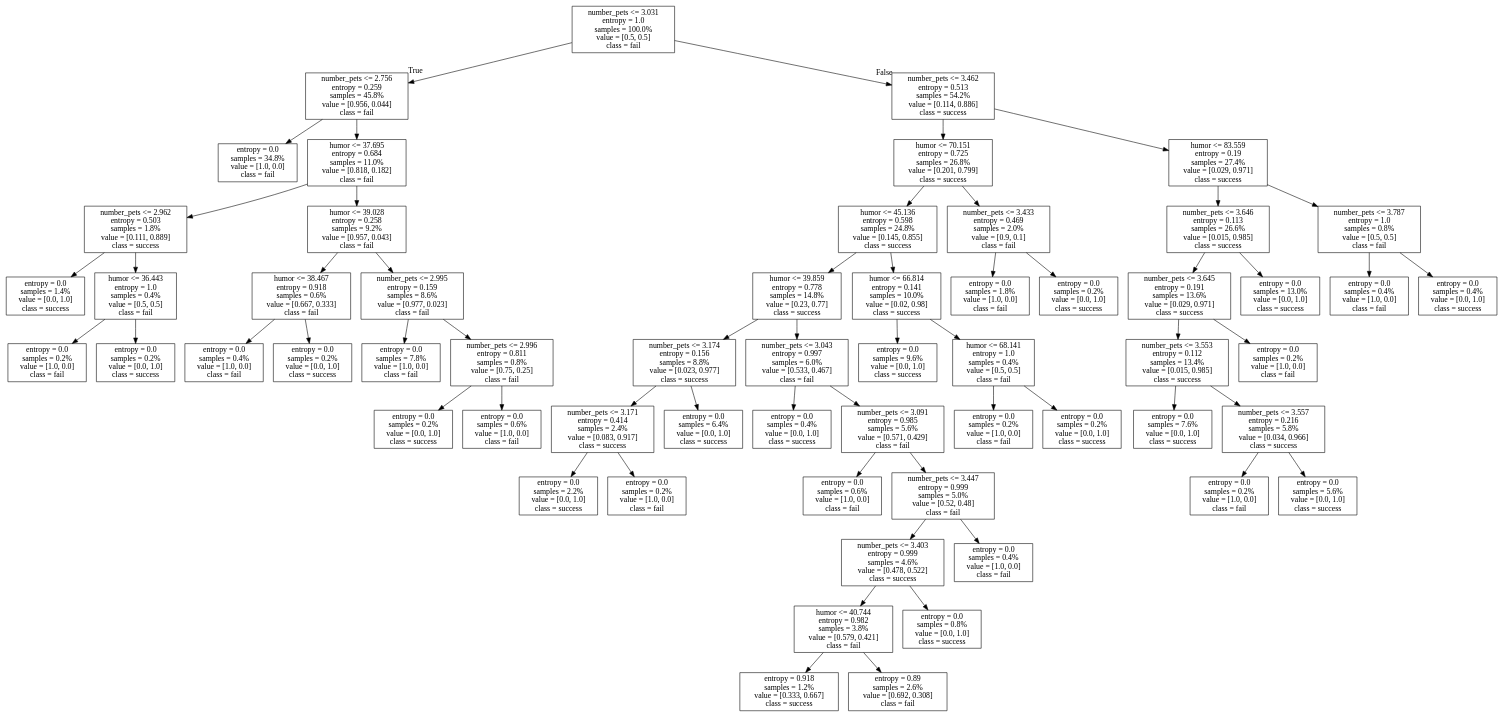
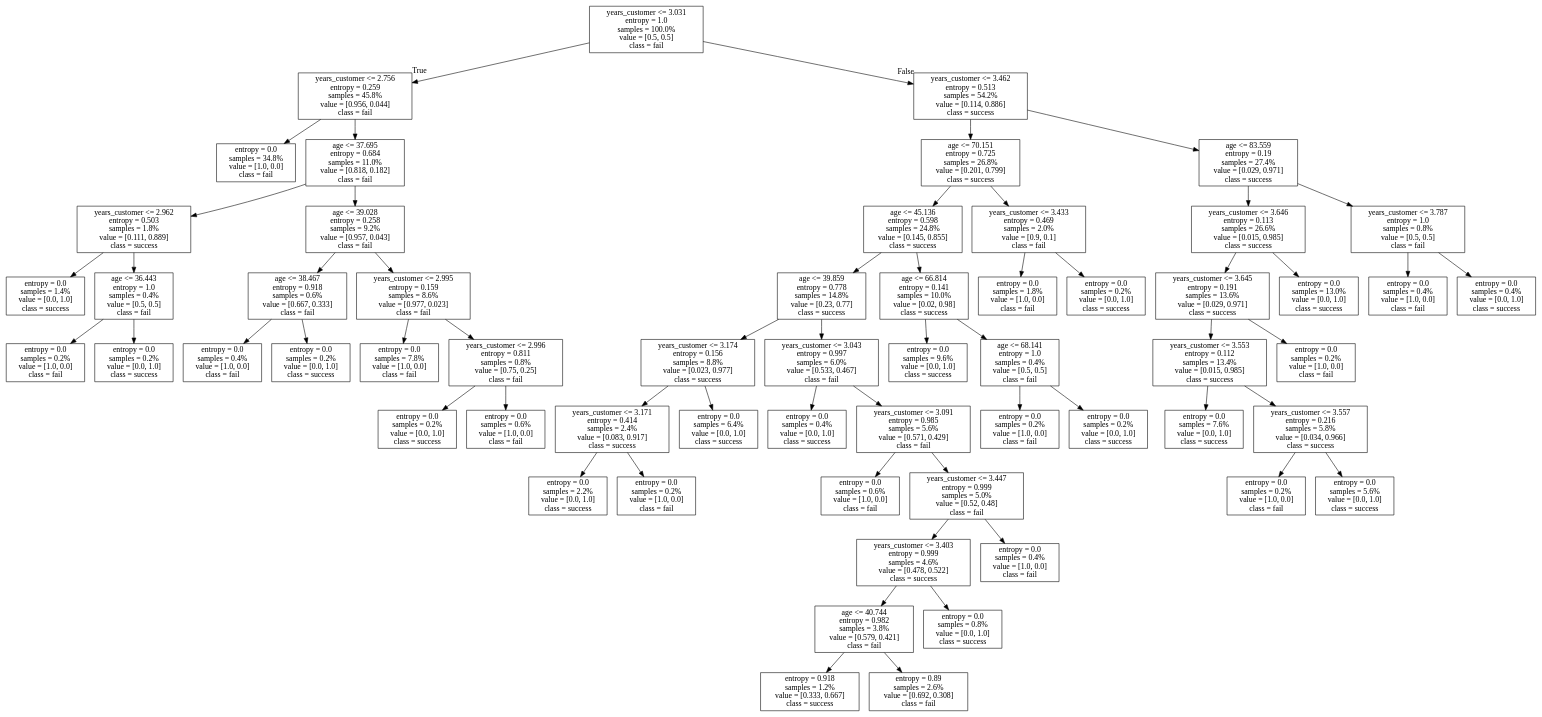
The diagram in Module2_Supervised/images/tree.dot (ZiningW123/NYU_19Sp_DMBA), drawn with Graphviz before and after one commit. The commit also changed 18 other files, not shown here.

```diff
--- a/Module2_Supervised/images/tree.dot
+++ b/Module2_Supervised/images/tree.dot
@@ -1,120 +1,120 @@
 digraph Tree {
 node [shape=box] ;
-0 [label="number_pets <= 3.031\nentropy = 1.0\nsamples = 100.0%\nvalue = [0.5, 0.5]\nclass = fail"] ;
-1 [label="number_pets <= 2.756\nentropy = 0.259\nsamples = 45.8%\nvalue = [0.956, 0.044]\nclass = fail"] ;
+0 [label="years_customer <= 3.031\nentropy = 1.0\nsamples = 100.0%\nvalue = [0.5, 0.5]\nclass = fail"] ;
+1 [label="years_customer <= 2.756\nentropy = 0.259\nsamples = 45.8%\nvalue = [0.956, 0.044]\nclass = fail"] ;
 0 -> 1 [labeldistance=2.5, labelangle=45, headlabel="True"] ;
 2 [label="entropy = 0.0\nsamples = 34.8%\nvalue = [1.0, 0.0]\nclass = fail"] ;
 1 -> 2 ;
-3 [label="humor <= 37.695\nentropy = 0.684\nsamples = 11.0%\nvalue = [0.818, 0.182]\nclass = fail"] ;
+3 [label="age <= 37.695\nentropy = 0.684\nsamples = 11.0%\nvalue = [0.818, 0.182]\nclass = fail"] ;
 1 -> 3 ;
-4 [label="number_pets <= 2.962\nentropy = 0.503\nsamples = 1.8%\nvalue = [0.111, 0.889]\nclass = success"] ;
+4 [label="years_customer <= 2.962\nentropy = 0.503\nsamples = 1.8%\nvalue = [0.111, 0.889]\nclass = success"] ;
 3 -> 4 ;
 5 [label="entropy = 0.0\nsamples = 1.4%\nvalue = [0.0, 1.0]\nclass = success"] ;
 4 -> 5 ;
-6 [label="humor <= 36.443\nentropy = 1.0\nsamples = 0.4%\nvalue = [0.5, 0.5]\nclass = fail"] ;
+6 [label="age <= 36.443\nentropy = 1.0\nsamples = 0.4%\nvalue = [0.5, 0.5]\nclass = fail"] ;
 4 -> 6 ;
 7 [label="entropy = 0.0\nsamples = 0.2%\nvalue = [1.0, 0.0]\nclass = fail"] ;
 6 -> 7 ;
 8 [label="entropy = 0.0\nsamples = 0.2%\nvalue = [0.0, 1.0]\nclass = success"] ;
 6 -> 8 ;
-9 [label="humor <= 39.028\nentropy = 0.258\nsamples = 9.2%\nvalue = [0.957, 0.043]\nclass = fail"] ;
+9 [label="age <= 39.028\nentropy = 0.258\nsamples = 9.2%\nvalue = [0.957, 0.043]\nclass = fail"] ;
 3 -> 9 ;
-10 [label="humor <= 38.467\nentropy = 0.918\nsamples = 0.6%\nvalue = [0.667, 0.333]\nclass = fail"] ;
+10 [label="age <= 38.467\nentropy = 0.918\nsamples = 0.6%\nvalue = [0.667, 0.333]\nclass = fail"] ;
 9 -> 10 ;
 11 [label="entropy = 0.0\nsamples = 0.4%\nvalue = [1.0, 0.0]\nclass = fail"] ;
 10 -> 11 ;
 12 [label="entropy = 0.0\nsamples = 0.2%\nvalue = [0.0, 1.0]\nclass = success"] ;
 10 -> 12 ;
-13 [label="number_pets <= 2.995\nentropy = 0.159\nsamples = 8.6%\nvalue = [0.977, 0.023]\nclass = fail"] ;
+13 [label="years_customer <= 2.995\nentropy = 0.159\nsamples = 8.6%\nvalue = [0.977, 0.023]\nclass = fail"] ;
 9 -> 13 ;
 14 [label="entropy = 0.0\nsamples = 7.8%\nvalue = [1.0, 0.0]\nclass = fail"] ;
 13 -> 14 ;
-15 [label="number_pets <= 2.996\nentropy = 0.811\nsamples = 0.8%\nvalue = [0.75, 0.25]\nclass = fail"] ;
+15 [label="years_customer <= 2.996\nentropy = 0.811\nsamples = 0.8%\nvalue = [0.75, 0.25]\nclass = fail"] ;
 13 -> 15 ;
 16 [label="entropy = 0.0\nsamples = 0.2%\nvalue = [0.0, 1.0]\nclass = success"] ;
 15 -> 16 ;
 17 [label="entropy = 0.0\nsamples = 0.6%\nvalue = [1.0, 0.0]\nclass = fail"] ;
 15 -> 17 ;
-18 [label="number_pets <= 3.462\nentropy = 0.513\nsamples = 54.2%\nvalue = [0.114, 0.886]\nclass = success"] ;
+18 [label="years_customer <= 3.462\nentropy = 0.513\nsamples = 54.2%\nvalue = [0.114, 0.886]\nclass = success"] ;
 0 -> 18 [labeldistance=2.5, labelangle=-45, headlabel="False"] ;
-19 [label="humor <= 70.151\nentropy = 0.725\nsamples = 26.8%\nvalue = [0.201, 0.799]\nclass = success"] ;
+19 [label="age <= 70.151\nentropy = 0.725\nsamples = 26.8%\nvalue = [0.201, 0.799]\nclass = success"] ;
 18 -> 19 ;
-20 [label="humor <= 45.136\nentropy = 0.598\nsamples = 24.8%\nvalue = [0.145, 0.855]\nclass = success"] ;
+20 [label="age <= 45.136\nentropy = 0.598\nsamples = 24.8%\nvalue = [0.145, 0.855]\nclass = success"] ;
 19 -> 20 ;
-21 [label="humor <= 39.859\nentropy = 0.778\nsamples = 14.8%\nvalue = [0.23, 0.77]\nclass = success"] ;
+21 [label="age <= 39.859\nentropy = 0.778\nsamples = 14.8%\nvalue = [0.23, 0.77]\nclass = success"] ;
 20 -> 21 ;
-22 [label="number_pets <= 3.174\nentropy = 0.156\nsamples = 8.8%\nvalue = [0.023, 0.977]\nclass = success"] ;
+22 [label="years_customer <= 3.174\nentropy = 0.156\nsamples = 8.8%\nvalue = [0.023, 0.977]\nclass = success"] ;
 21 -> 22 ;
-23 [label="number_pets <= 3.171\nentropy = 0.414\nsamples = 2.4%\nvalue = [0.083, 0.917]\nclass = success"] ;
+23 [label="years_customer <= 3.171\nentropy = 0.414\nsamples = 2.4%\nvalue = [0.083, 0.917]\nclass = success"] ;
 22 -> 23 ;
 24 [label="entropy = 0.0\nsamples = 2.2%\nvalue = [0.0, 1.0]\nclass = success"] ;
 23 -> 24 ;
 25 [label="entropy = 0.0\nsamples = 0.2%\nvalue = [1.0, 0.0]\nclass = fail"] ;
 23 -> 25 ;
 26 [label="entropy = 0.0\nsamples = 6.4%\nvalue = [0.0, 1.0]\nclass = success"] ;
 22 -> 26 ;
-27 [label="number_pets <= 3.043\nentropy = 0.997\nsamples = 6.0%\nvalue = [0.533, 0.467]\nclass = fail"] ;
+27 [label="years_customer <= 3.043\nentropy = 0.997\nsamples = 6.0%\nvalue = [0.533, 0.467]\nclass = fail"] ;
 21 -> 27 ;
 28 [label="entropy = 0.0\nsamples = 0.4%\nvalue = [0.0, 1.0]\nclass = success"] ;
 27 -> 28 ;
-29 [label="number_pets <= 3.091\nentropy = 0.985\nsamples = 5.6%\nvalue = [0.571, 0.429]\nclass = fail"] ;
+29 [label="years_customer <= 3.091\nentropy = 0.985\nsamples = 5.6%\nvalue = [0.571, 0.429]\nclass = fail"] ;
 27 -> 29 ;
 30 [label="entropy = 0.0\nsamples = 0.6%\nvalue = [1.0, 0.0]\nclass = fail"] ;
 29 -> 30 ;
-31 [label="number_pets <= 3.447\nentropy = 0.999\nsamples = 5.0%\nvalue = [0.52, 0.48]\nclass = fail"] ;
+31 [label="years_customer <= 3.447\nentropy = 0.999\nsamples = 5.0%\nvalue = [0.52, 0.48]\nclass = fail"] ;
 29 -> 31 ;
-32 [label="number_pets <= 3.403\nentropy = 0.999\nsamples = 4.6%\nvalue = [0.478, 0.522]\nclass = success"] ;
+32 [label="years_customer <= 3.403\nentropy = 0.999\nsamples = 4.6%\nvalue = [0.478, 0.522]\nclass = success"] ;
 31 -> 32 ;
-33 [label="humor <= 40.744\nentropy = 0.982\nsamples = 3.8%\nvalue = [0.579, 0.421]\nclass = fail"] ;
+33 [label="age <= 40.744\nentropy = 0.982\nsamples = 3.8%\nvalue = [0.579, 0.421]\nclass = fail"] ;
 32 -> 33 ;
 34 [label="entropy = 0.918\nsamples = 1.2%\nvalue = [0.333, 0.667]\nclass = success"] ;
 33 -> 34 ;
 35 [label="entropy = 0.89\nsamples = 2.6%\nvalue = [0.692, 0.308]\nclass = fail"] ;
 33 -> 35 ;
 36 [label="entropy = 0.0\nsamples = 0.8%\nvalue = [0.0, 1.0]\nclass = success"] ;
 32 -> 36 ;
 37 [label="entropy = 0.0\nsamples = 0.4%\nvalue = [1.0, 0.0]\nclass = fail"] ;
 31 -> 37 ;
-38 [label="humor <= 66.814\nentropy = 0.141\nsamples = 10.0%\nvalue = [0.02, 0.98]\nclass = success"] ;
+38 [label="age <= 66.814\nentropy = 0.141\nsamples = 10.0%\nvalue = [0.02, 0.98]\nclass = success"] ;
 20 -> 38 ;
 39 [label="entropy = 0.0\nsamples = 9.6%\nvalue = [0.0, 1.0]\nclass = success"] ;
 38 -> 39 ;
-40 [label="humor <= 68.141\nentropy = 1.0\nsamples = 0.4%\nvalue = [0.5, 0.5]\nclass = fail"] ;
+40 [label="age <= 68.141\nentropy = 1.0\nsamples = 0.4%\nvalue = [0.5, 0.5]\nclass = fail"] ;
 38 -> 40 ;
 41 [label="entropy = 0.0\nsamples = 0.2%\nvalue = [1.0, 0.0]\nclass = fail"] ;
 40 -> 41 ;
 42 [label="entropy = 0.0\nsamples = 0.2%\nvalue = [0.0, 1.0]\nclass = success"] ;
 40 -> 42 ;
-43 [label="number_pets <= 3.433\nentropy = 0.469\nsamples = 2.0%\nvalue = [0.9, 0.1]\nclass = fail"] ;
+43 [label="years_customer <= 3.433\nentropy = 0.469\nsamples = 2.0%\nvalue = [0.9, 0.1]\nclass = fail"] ;
 19 -> 43 ;
 44 [label="entropy = 0.0\nsamples = 1.8%\nvalue = [1.0, 0.0]\nclass = fail"] ;
 43 -> 44 ;
 45 [label="entropy = 0.0\nsamples = 0.2%\nvalue = [0.0, 1.0]\nclass = success"] ;
 43 -> 45 ;
-46 [label="humor <= 83.559\nentropy = 0.19\nsamples = 27.4%\nvalue = [0.029, 0.971]\nclass = success"] ;
+46 [label="age <= 83.559\nentropy = 0.19\nsamples = 27.4%\nvalue = [0.029, 0.971]\nclass = success"] ;
 18 -> 46 ;
-47 [label="number_pets <= 3.646\nentropy = 0.113\nsamples = 26.6%\nvalue = [0.015, 0.985]\nclass = success"] ;
+47 [label="years_customer <= 3.646\nentropy = 0.113\nsamples = 26.6%\nvalue = [0.015, 0.985]\nclass = success"] ;
 46 -> 47 ;
-48 [label="number_pets <= 3.645\nentropy = 0.191\nsamples = 13.6%\nvalue = [0.029, 0.971]\nclass = success"] ;
+48 [label="years_customer <= 3.645\nentropy = 0.191\nsamples = 13.6%\nvalue = [0.029, 0.971]\nclass = success"] ;
 47 -> 48 ;
-49 [label="number_pets <= 3.553\nentropy = 0.112\nsamples = 13.4%\nvalue = [0.015, 0.985]\nclass = success"] ;
+49 [label="years_customer <= 3.553\nentropy = 0.112\nsamples = 13.4%\nvalue = [0.015, 0.985]\nclass = success"] ;
 48 -> 49 ;
 50 [label="entropy = 0.0\nsamples = 7.6%\nvalue = [0.0, 1.0]\nclass = success"] ;
 49 -> 50 ;
-51 [label="number_pets <= 3.557\nentropy = 0.216\nsamples = 5.8%\nvalue = [0.034, 0.966]\nclass = success"] ;
+51 [label="years_customer <= 3.557\nentropy = 0.216\nsamples = 5.8%\nvalue = [0.034, 0.966]\nclass = success"] ;
 49 -> 51 ;
 52 [label="entropy = 0.0\nsamples = 0.2%\nvalue = [1.0, 0.0]\nclass = fail"] ;
 51 -> 52 ;
 53 [label="entropy = 0.0\nsamples = 5.6%\nvalue = [0.0, 1.0]\nclass = success"] ;
 51 -> 53 ;
 54 [label="entropy = 0.0\nsamples = 0.2%\nvalue = [1.0, 0.0]\nclass = fail"] ;
 48 -> 54 ;
 55 [label="entropy = 0.0\nsamples = 13.0%\nvalue = [0.0, 1.0]\nclass = success"] ;
 47 -> 55 ;
-56 [label="number_pets <= 3.787\nentropy = 1.0\nsamples = 0.8%\nvalue = [0.5, 0.5]\nclass = fail"] ;
+56 [label="years_customer <= 3.787\nentropy = 1.0\nsamples = 0.8%\nvalue = [0.5, 0.5]\nclass = fail"] ;
 46 -> 56 ;
 57 [label="entropy = 0.0\nsamples = 0.4%\nvalue = [1.0, 0.0]\nclass = fail"] ;
 56 -> 57 ;
 58 [label="entropy = 0.0\nsamples = 0.4%\nvalue = [0.0, 1.0]\nclass = success"] ;
 56 -> 58 ;
 }
```
